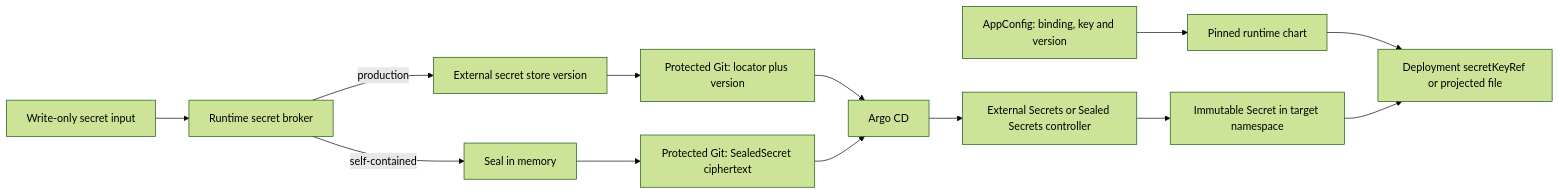
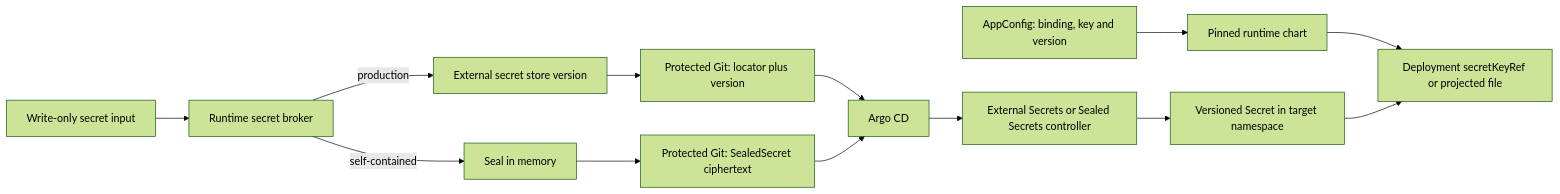
Before and after one commit to kuberploy/kuberploy: the seventh of 9 diagrams in ARCHITECTURE.md, drawn with Mermaid (forest theme). The commit also changed other lines of this file and 63 other files, not shown here.

````diff
--- a/ARCHITECTURE.md
+++ b/ARCHITECTURE.md
@@ -1441,15 +1441,15 @@
 ```mermaid
 flowchart LR
     INPUT["Write-only secret input"] --> BROKER["Runtime secret broker"]
     BROKER -->|"production"| STORE["External secret store version"]
     BROKER -->|"self-contained"| SEAL["Seal in memory"]
     STORE --> REF["Protected Git: locator plus version"]
     SEAL --> CIPHER["Protected Git: SealedSecret ciphertext"]
     REF --> ARGO["Argo CD"]
     CIPHER --> ARGO
     ARGO --> CTRL["External Secrets or Sealed Secrets controller"]
-    CTRL --> KSECRET["Immutable Secret in target namespace"]
+    CTRL --> KSECRET["Versioned Secret in target namespace"]
     APP["AppConfig: binding, key and version"] --> CHART["Pinned runtime chart"]
     CHART --> DEPLOY["Deployment secretKeyRef or projected file"]
     KSECRET --> DEPLOY
 ```
````
